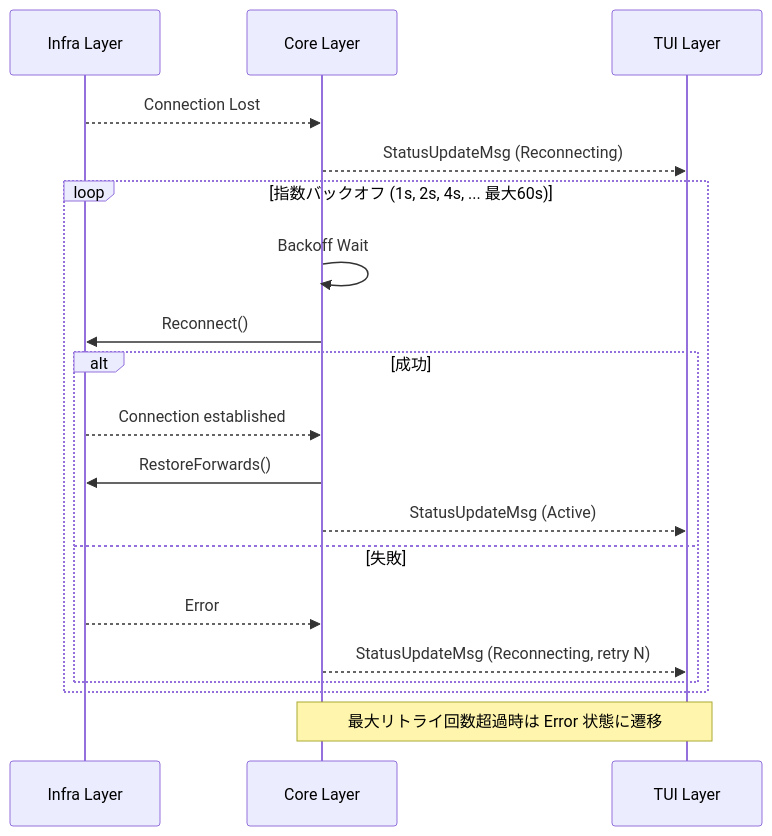
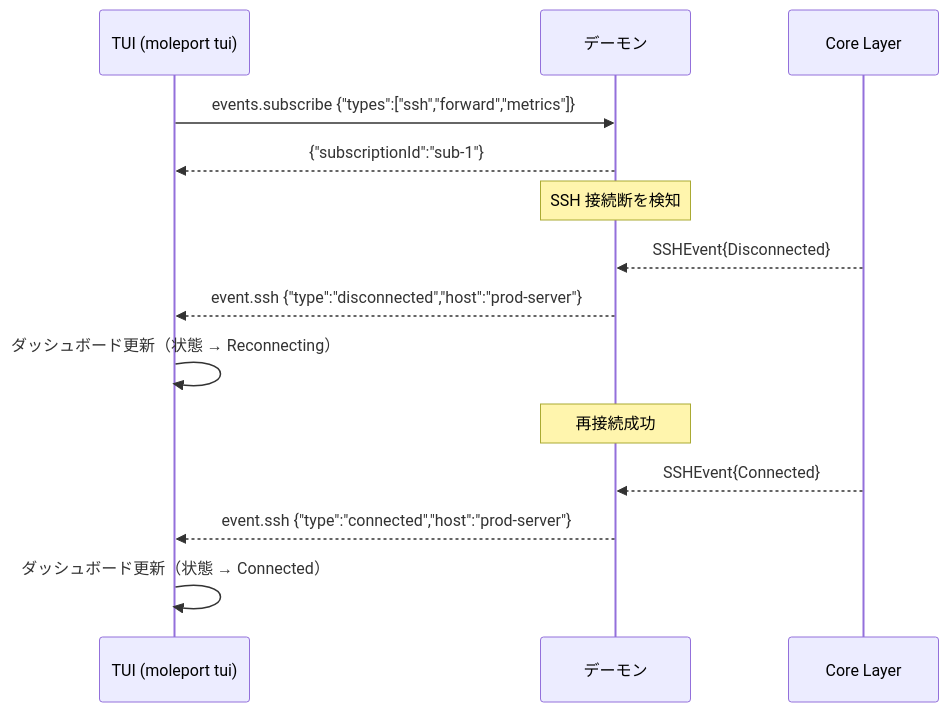
One commit to ousiassllc/MolePort changed the ninth of 11 diagrams in docs/architecture/overview.md. Above: the diagram before and after it, drawn with Mermaid. The commit also changed other lines of this file, not shown here.

````diff
--- a/docs/architecture/overview.md
+++ b/docs/architecture/overview.md
@@ -258,24 +419,19 @@
 ```mermaid
 sequenceDiagram
-    participant Infra as Infra Layer
+    participant TUI as TUI (moleport tui)
+    participant Daemon as デーモン
     participant Core as Core Layer
-    participant TUI as TUI Layer
 
-    Infra-->>Core: Connection Lost
-    Core-->>TUI: StatusUpdateMsg (Reconnecting)
+    TUI->>Daemon: events.subscribe {"types":["ssh","forward","metrics"]}
+    Daemon-->>TUI: {"subscriptionId":"sub-1"}
 
-    loop 指数バックオフ (1s, 2s, 4s, ... 最大60s)
-        Core->>Core: Backoff Wait
-        Core->>Infra: Reconnect()
-        alt 成功
-            Infra-->>Core: Connection established
-            Core->>Infra: RestoreForwards()
-            Core-->>TUI: StatusUpdateMsg (Active)
-        else 失敗
-            Infra-->>Core: Error
-            Core-->>TUI: StatusUpdateMsg (Reconnecting, retry N)
-        end
-    end
+    Note over Daemon: SSH 接続断を検知
+    Core-->>Daemon: SSHEvent{Disconnected}
+    Daemon-->>TUI: event.ssh {"type":"disconnected","host":"prod-server"}
+    TUI->>TUI: ダッシュボード更新（状態 → Reconnecting）
 
-    Note over Core,TUI: 最大リトライ回数超過時は Error 状態に遷移
+    Note over Daemon: 再接続成功
+    Core-->>Daemon: SSHEvent{Connected}
+    Daemon-->>TUI: event.ssh {"type":"connected","host":"prod-server"}
+    TUI->>TUI: ダッシュボード更新（状態 → Connected）
 ```
````
